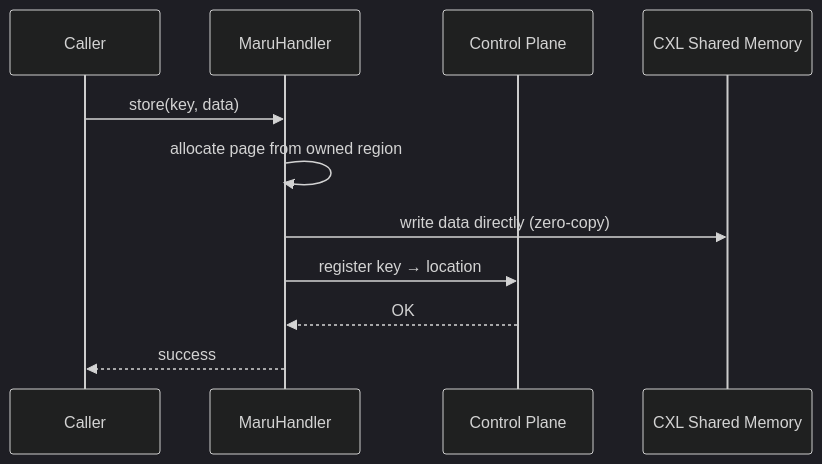
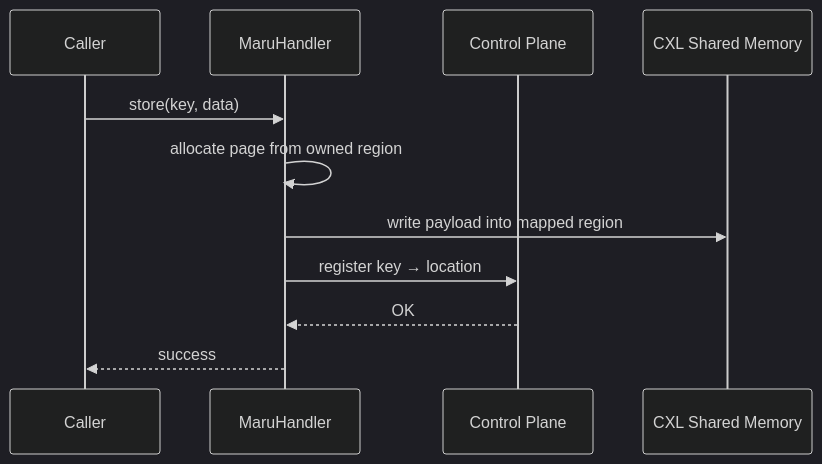
One commit to xcena-dev/maru changed the third of 5 diagrams in docs/source/design_doc/architecture_overview.md. Above: the diagram before and after it, drawn with Mermaid (dark theme). The commit also changed other lines of this file and 13 other files, not shown here.

````diff
--- a/docs/source/design_doc/architecture_overview.md
+++ b/docs/source/design_doc/architecture_overview.md
@@ -133,14 +137,14 @@
 ```mermaid
 sequenceDiagram
     participant C as Caller
     participant H as MaruHandler
     participant CP as Control Plane
     participant CXL as CXL Shared Memory
 
     C->>H: store(key, data)
     H->>H: allocate page from owned region
-    H->>CXL: write data directly (zero-copy)
+    H->>CXL: write payload into mapped region
     H->>CP: register key → location
     CP-->>H: OK
     H-->>C: success
 ```
````
